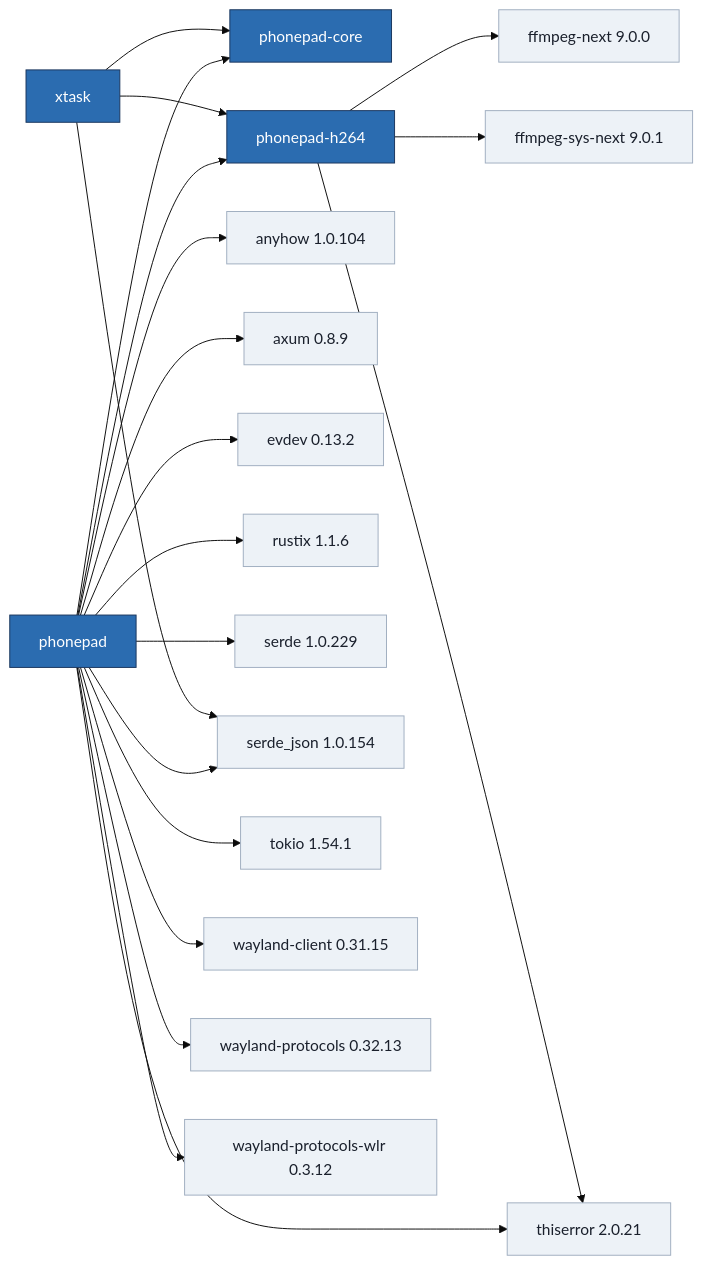
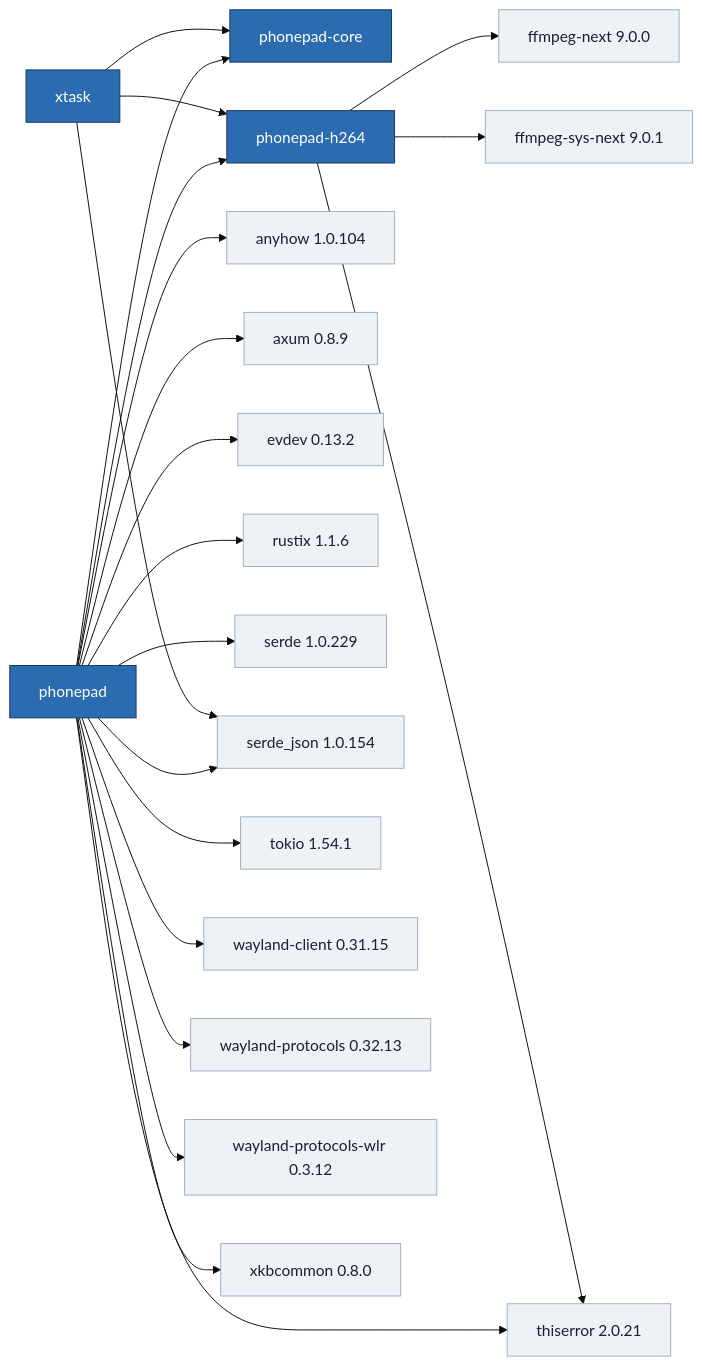
Before and after one commit to igouss/phonepad: the diagram in docs/views/crate-graph.mmd, drawn with Mermaid (base theme). The commit also changed 11 other files, not shown here.

```diff
--- a/docs/views/crate-graph.mmd
+++ b/docs/views/crate-graph.mmd
@@ -1,39 +1,41 @@
 flowchart LR
   classDef workspace fill:#2b6cb0,stroke:#1a365d,color:#ffffff
   classDef external fill:#edf2f7,stroke:#a0aec0,color:#1a202c
   c_phonepad["phonepad"]:::workspace
   c_phonepad_core["phonepad-core"]:::workspace
   c_phonepad_h264["phonepad-h264"]:::workspace
   c_xtask["xtask"]:::workspace
   c_anyhow_1_0_104["anyhow 1.0.104"]:::external
   c_axum_0_8_9["axum 0.8.9"]:::external
   c_evdev_0_13_2["evdev 0.13.2"]:::external
   c_ffmpeg_next_9_0_0["ffmpeg-next 9.0.0"]:::external
   c_ffmpeg_sys_next_9_0_1["ffmpeg-sys-next 9.0.1"]:::external
   c_rustix_1_1_6["rustix 1.1.6"]:::external
   c_serde_1_0_229["serde 1.0.229"]:::external
   c_serde_json_1_0_154["serde_json 1.0.154"]:::external
   c_thiserror_2_0_21["thiserror 2.0.21"]:::external
   c_tokio_1_54_1["tokio 1.54.1"]:::external
   c_wayland_client_0_31_15["wayland-client 0.31.15"]:::external
   c_wayland_protocols_0_32_13["wayland-protocols 0.32.13"]:::external
   c_wayland_protocols_wlr_0_3_12["wayland-protocols-wlr 0.3.12"]:::external
+  c_xkbcommon_0_8_0["xkbcommon 0.8.0"]:::external
   c_phonepad --> c_anyhow_1_0_104
   c_phonepad --> c_axum_0_8_9
   c_phonepad --> c_evdev_0_13_2
   c_phonepad --> c_phonepad_core
   c_phonepad --> c_phonepad_h264
   c_phonepad --> c_rustix_1_1_6
   c_phonepad --> c_serde_1_0_229
   c_phonepad --> c_serde_json_1_0_154
   c_phonepad --> c_thiserror_2_0_21
   c_phonepad --> c_tokio_1_54_1
   c_phonepad --> c_wayland_client_0_31_15
   c_phonepad --> c_wayland_protocols_0_32_13
   c_phonepad --> c_wayland_protocols_wlr_0_3_12
+  c_phonepad --> c_xkbcommon_0_8_0
   c_phonepad_h264 --> c_ffmpeg_next_9_0_0
   c_phonepad_h264 --> c_ffmpeg_sys_next_9_0_1
   c_phonepad_h264 --> c_thiserror_2_0_21
   c_xtask --> c_phonepad_core
   c_xtask --> c_phonepad_h264
   c_xtask --> c_serde_json_1_0_154
```
